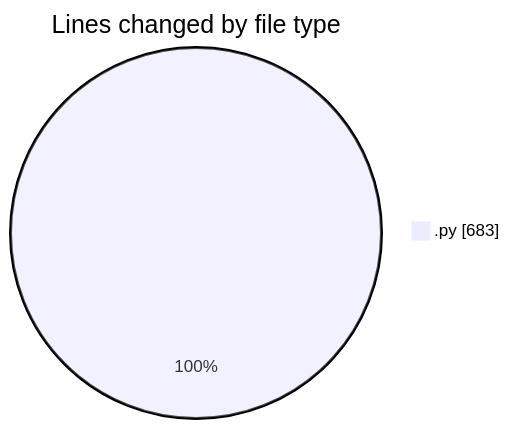
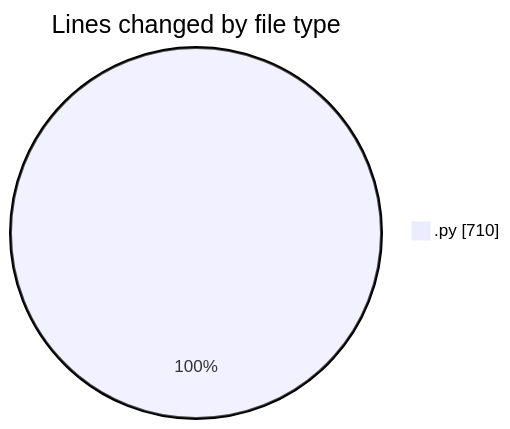
One commit to momahboobian/code-tracking changed the first of 2 diagrams in 2025-03-25/samplepdf/README.md. Above: the diagram before and after it, drawn with Mermaid. The commit also changed other lines of this file and 1 other file, not shown here.

````diff
--- a/2025-03-25/samplepdf/README.md
+++ b/2025-03-25/samplepdf/README.md
@@ -24,5 +24,5 @@
 ```mermaid
 pie showData
 title Lines changed by file type
-".py" : 683
+".py" : 710
 ```
````
